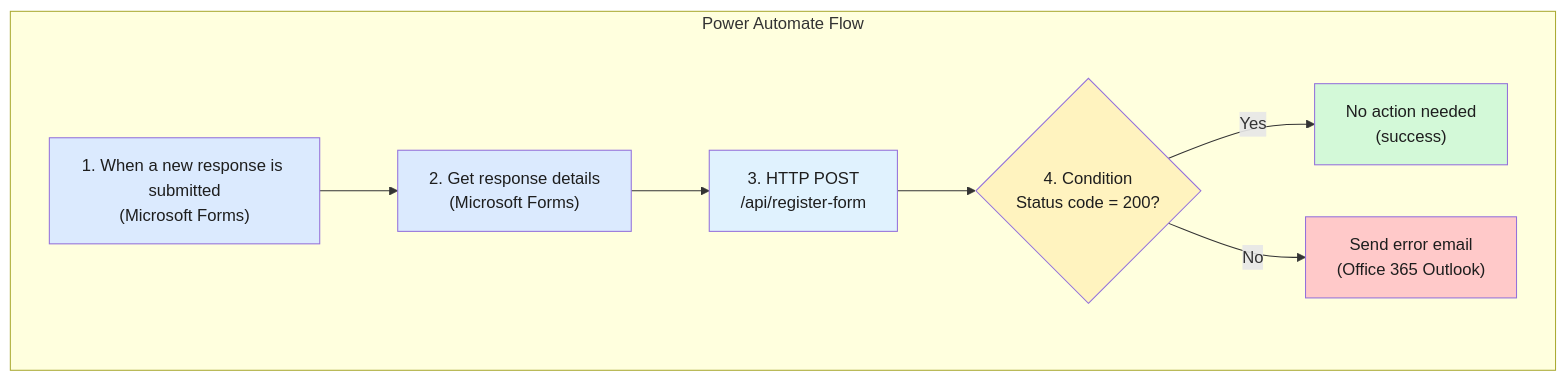
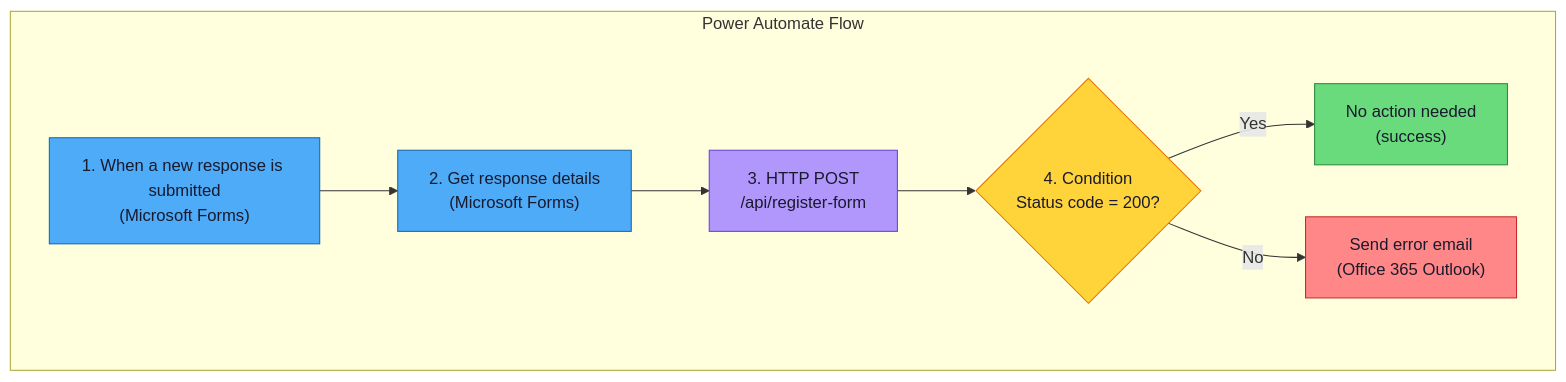
One commit to michaelhuot-msft/forms-to-fabric changed the first of 2 diagrams in docs/registration-form-template.md. Above: the diagram before and after it, drawn with Mermaid. The commit also changed other lines of this file and 2 other files, not shown here.

First line of the commit message:
Adopt standard dual-mode Mermaid palette across all diagrams

````diff
--- a/docs/registration-form-template.md
+++ b/docs/registration-form-template.md
@@ -86,24 +86,31 @@
 ```mermaid
 flowchart TD
     subgraph "Power Automate Flow"
         T["1. When a new response is submitted\n(Microsoft Forms)"]
         G["2. Get response details\n(Microsoft Forms)"]
         H["3. HTTP POST\n/api/register-form"]
         C{"4. Condition\nStatus code = 200?"}
         OK["No action needed\n(success)"]
         ERR["Send error email\n(Office 365 Outlook)"]
     end
 
     T --> G
     G --> H
     H --> C
     C -- Yes --> OK
     C -- No --> ERR
 
-    style T fill:#dbeafe,color:#1e1e1e
-    style G fill:#dbeafe,color:#1e1e1e
-    style H fill:#e0f2fe,color:#1e1e1e
-    style C fill:#fff3bf,color:#1e1e1e
-    style OK fill:#d3f9d8,color:#1e1e1e
-    style ERR fill:#ffc9c9,color:#1e1e1e
+    classDef primary fill:#4dabf7,stroke:#1864ab,color:#1a1a2e
+    classDef success fill:#69db7c,stroke:#2b8a3e,color:#1a1a2e
+    classDef warning fill:#ffd43b,stroke:#e67700,color:#1a1a2e
+    classDef danger fill:#ff8787,stroke:#c92a2a,color:#1a1a2e
+    classDef info fill:#b197fc,stroke:#6741d9,color:#1a1a2e
+    classDef neutral fill:#ced4da,stroke:#495057,color:#1a1a2e
+
+    T:::primary
+    G:::primary
+    H:::info
+    C:::warning
+    OK:::success
+    ERR:::danger
 ```
````
